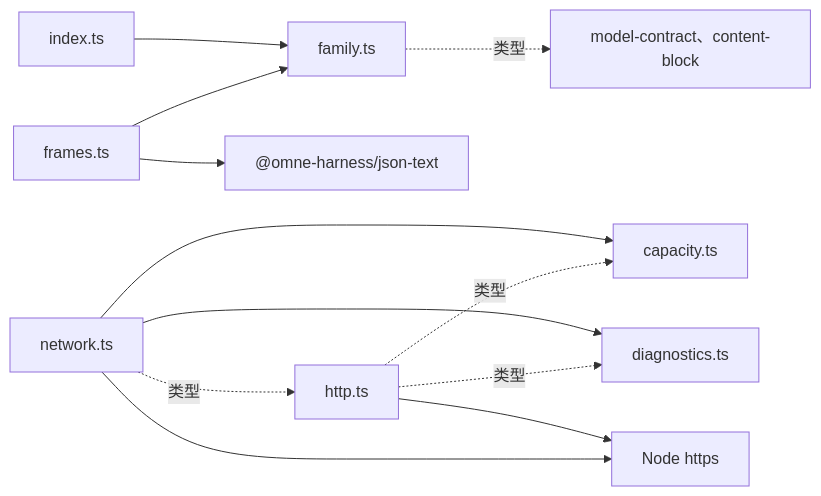
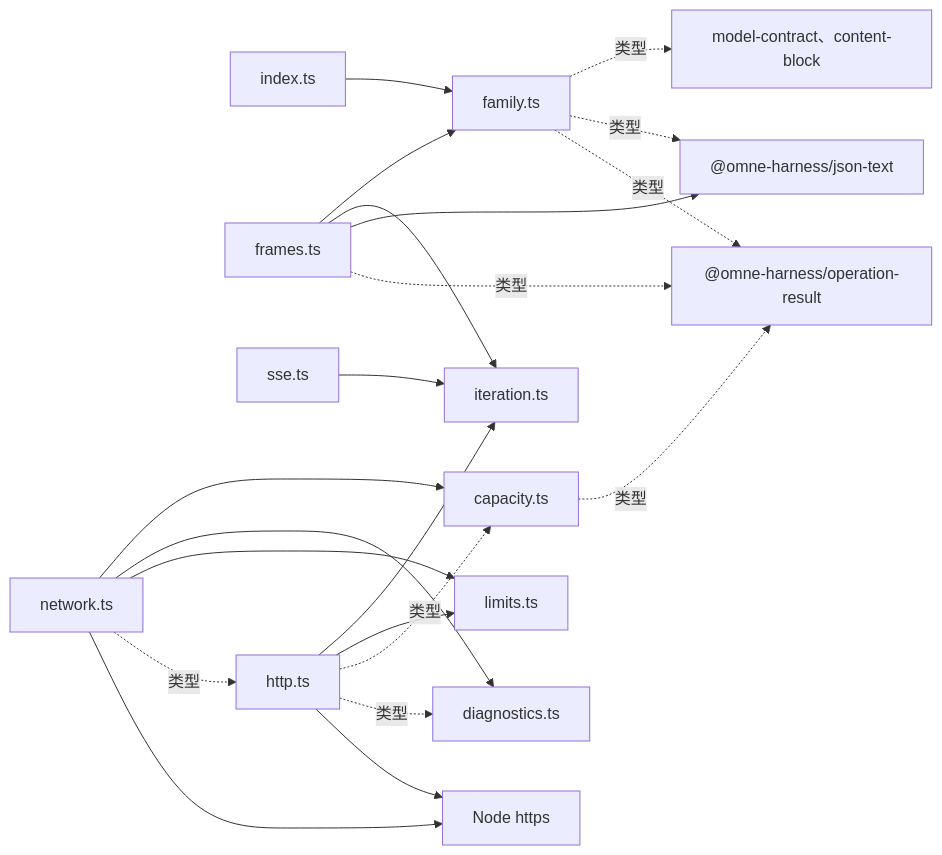
The first of 2 diagrams in packages/model/pi-ai-transport/docs/architecture.md (nemori-ai/omne-harness-lite), drawn with Mermaid before and after one commit. The commit also changed other lines of this file and 15 other files, not shown here.

````diff
--- a/packages/model/pi-ai-transport/docs/architecture.md
+++ b/packages/model/pi-ai-transport/docs/architecture.md
@@ -18,14 +22,23 @@
 ```mermaid
 flowchart LR
   index[index.ts] --> family[family.ts]
+  family -. 类型 .-> contract["model-contract、content-block"]
+  family -. 类型 .-> jsonText["@omne-harness/json-text"]
+  family -. 类型 .-> result["@omne-harness/operation-result"]
+  capacity[capacity.ts] -. 类型 .-> result
   frames[frames.ts] --> family
-  frames --> jsonText["@omne-harness/json-text"]
-  network[network.ts] --> capacity[capacity.ts]
-  network --> diagnostics[diagnostics.ts]
-  network -. 类型 .-> http[http.ts]
+  frames --> iteration[iteration.ts]
+  frames --> jsonText
+  frames -. 类型 .-> result
+  sse[sse.ts] --> iteration
+  http[http.ts] --> iteration
+  http --> limits[limits.ts]
   http -. 类型 .-> capacity
-  http -. 类型 .-> diagnostics
+  http -. 类型 .-> diagnostics[diagnostics.ts]
   http --> node["Node https"]
+  network[network.ts] --> capacity
+  network --> diagnostics
+  network --> limits
+  network -. 类型 .-> http
   network --> node
-  family -. 类型 .-> contract["model-contract、content-block"]
 ```
````
